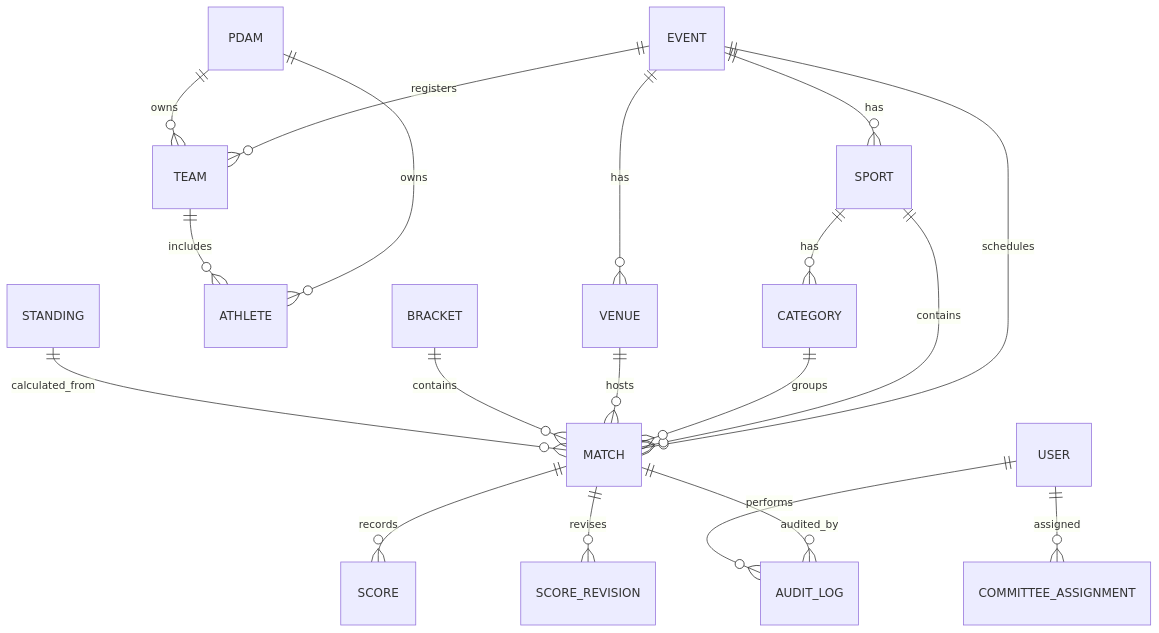
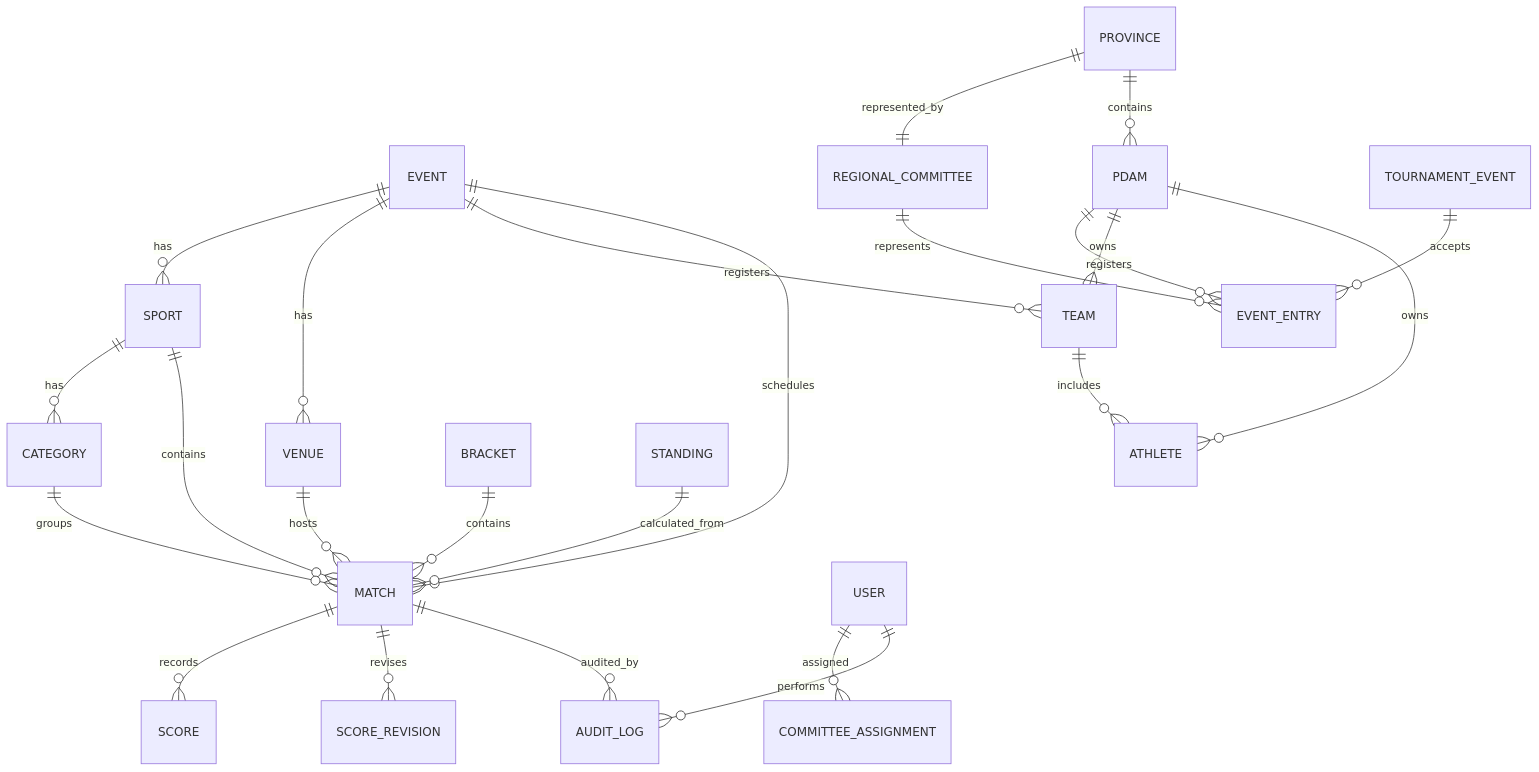
Before and after one commit to henry1224/sport-perpamsi: the diagram in docs/02-data/erd.md, drawn with Mermaid. The commit also changed other lines of this file and 69 other files, not shown here.

````diff
--- a/docs/02-data/erd.md
+++ b/docs/02-data/erd.md
@@ -5,21 +5,26 @@
 ```mermaid
 erDiagram
     EVENT ||--o{ SPORT : has
     EVENT ||--o{ VENUE : has
     EVENT ||--o{ TEAM : registers
     EVENT ||--o{ MATCH : schedules
+    PROVINCE ||--|| REGIONAL_COMMITTEE : represented_by
+    PROVINCE ||--o{ PDAM : contains
+    REGIONAL_COMMITTEE ||--o{ EVENT_ENTRY : represents
+    PDAM ||--o{ EVENT_ENTRY : registers
+    TOURNAMENT_EVENT ||--o{ EVENT_ENTRY : accepts
     PDAM ||--o{ TEAM : owns
     PDAM ||--o{ ATHLETE : owns
     TEAM ||--o{ ATHLETE : includes
     SPORT ||--o{ CATEGORY : has
     SPORT ||--o{ MATCH : contains
     CATEGORY ||--o{ MATCH : groups
     VENUE ||--o{ MATCH : hosts
     MATCH ||--o{ SCORE : records
     MATCH ||--o{ SCORE_REVISION : revises
     MATCH ||--o{ AUDIT_LOG : audited_by
     USER ||--o{ COMMITTEE_ASSIGNMENT : assigned
     USER ||--o{ AUDIT_LOG : performs
     BRACKET ||--o{ MATCH : contains
     STANDING ||--o{ MATCH : calculated_from
 ```
````
